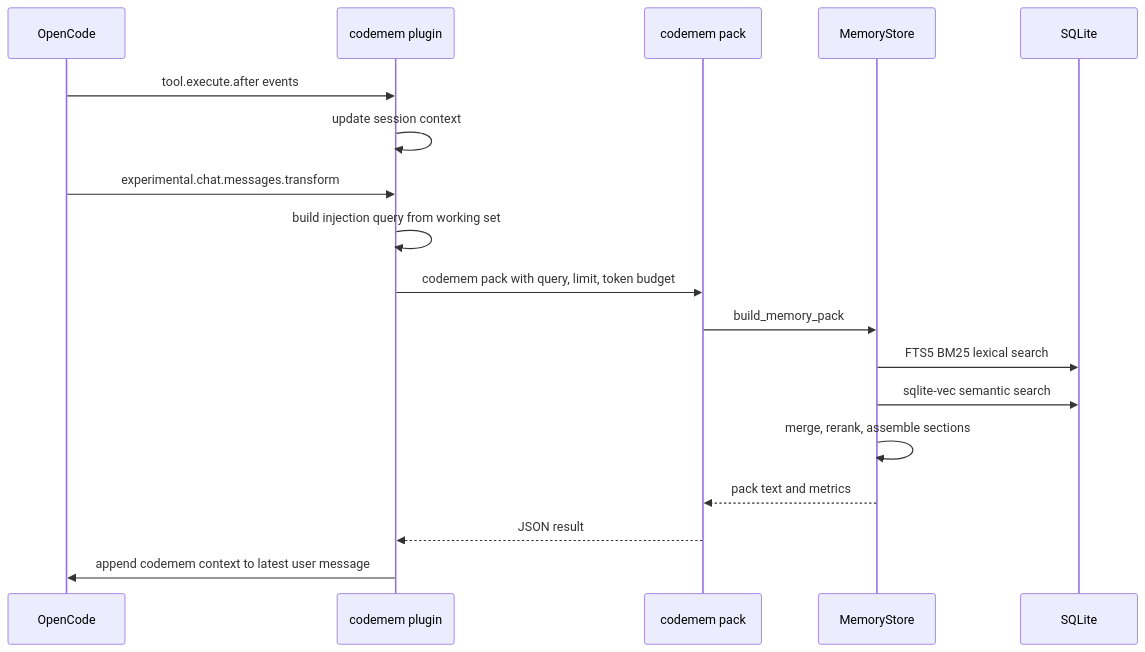
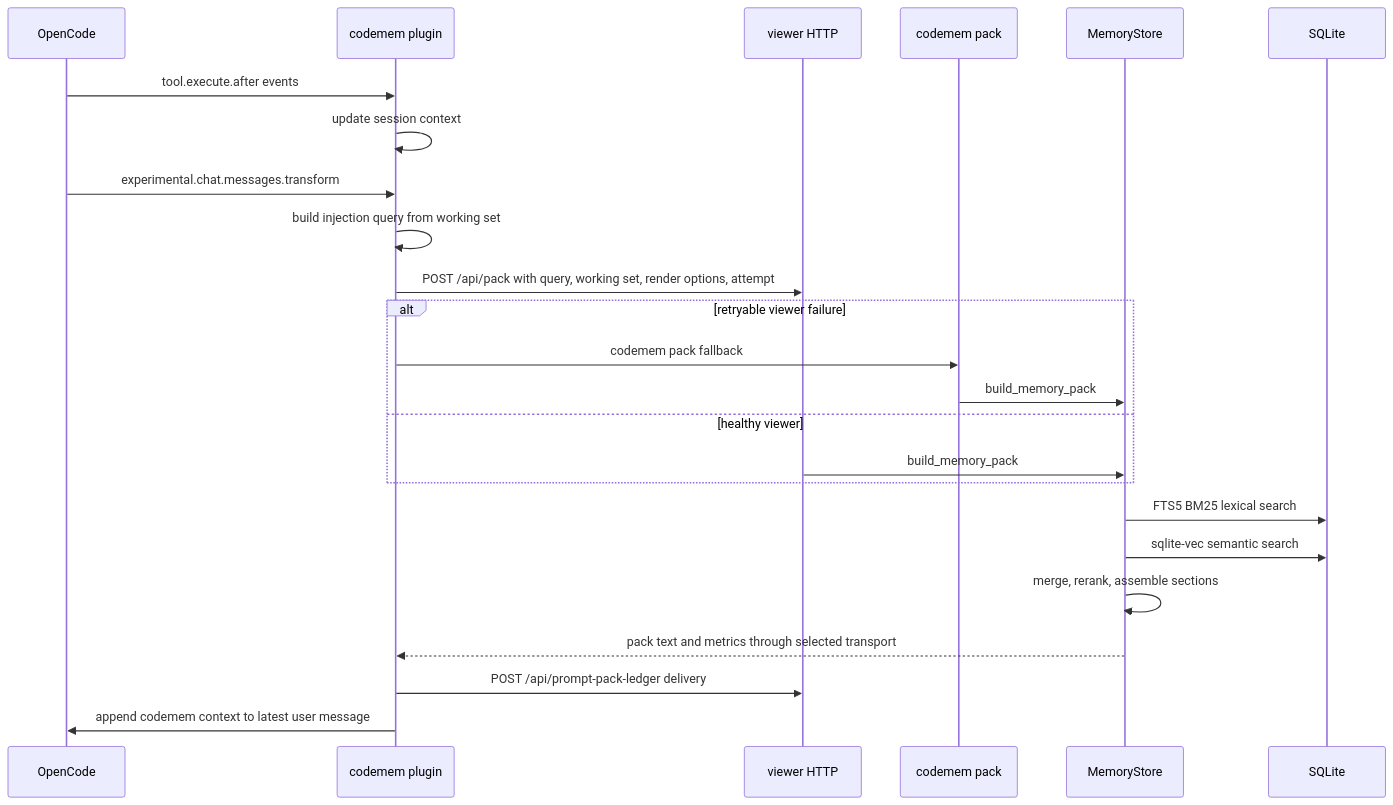
The third of 4 diagrams in docs/architecture.md (ZeR020/codemem), drawn with Mermaid before and after one commit. The commit also changed other lines of this file and 9 other files, not shown here.

Commit message:
perf(plugin): route prompt packs through viewer (#1435)

````diff
--- a/docs/architecture.md
+++ b/docs/architecture.md
@@ -208,21 +208,27 @@
 ```mermaid
 sequenceDiagram
 participant OC as OpenCode
 participant PL as codemem plugin
+participant VW as viewer HTTP
 participant CLI as codemem pack
 participant ST as MemoryStore
 participant DB as SQLite
 
 OC->>PL: tool.execute.after events
 PL->>PL: update session context
 OC->>PL: experimental.chat.messages.transform
 PL->>PL: build injection query from working set
-PL->>CLI: codemem pack with query, limit, token budget
+PL->>VW: POST /api/pack with query, working set, render options, attempt
+alt retryable viewer failure
+PL->>CLI: codemem pack fallback
 CLI->>ST: build_memory_pack
+else healthy viewer
+VW->>ST: build_memory_pack
+end
 ST->>DB: FTS5 BM25 lexical search
 ST->>DB: sqlite-vec semantic search
 ST->>ST: merge, rerank, assemble sections
-ST-->>CLI: pack text and metrics
-CLI-->>PL: JSON result
+ST-->>PL: pack text and metrics through selected transport
+PL->>VW: POST /api/prompt-pack-ledger delivery
 PL->>OC: append codemem context to latest user message
 ```
````
